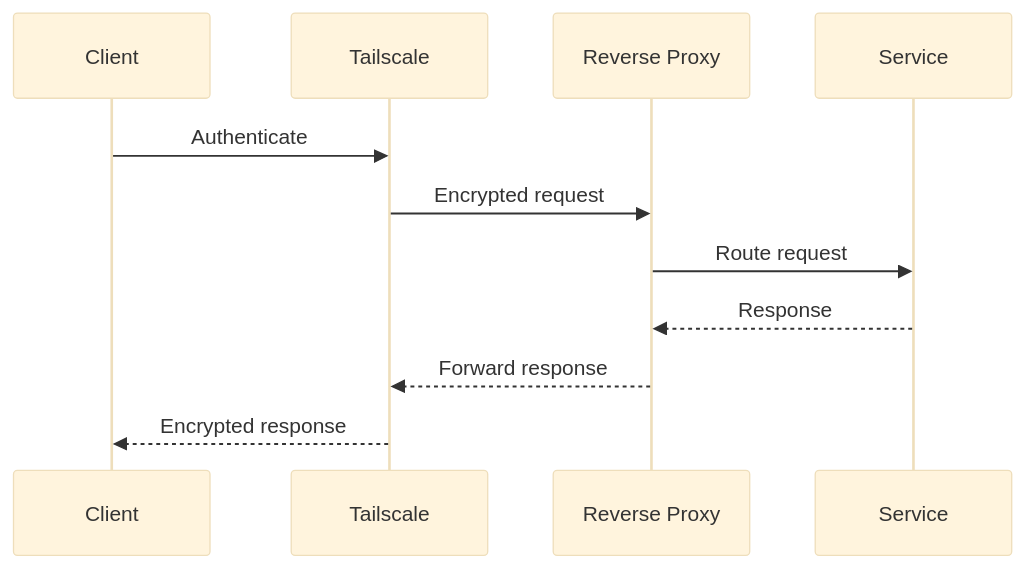
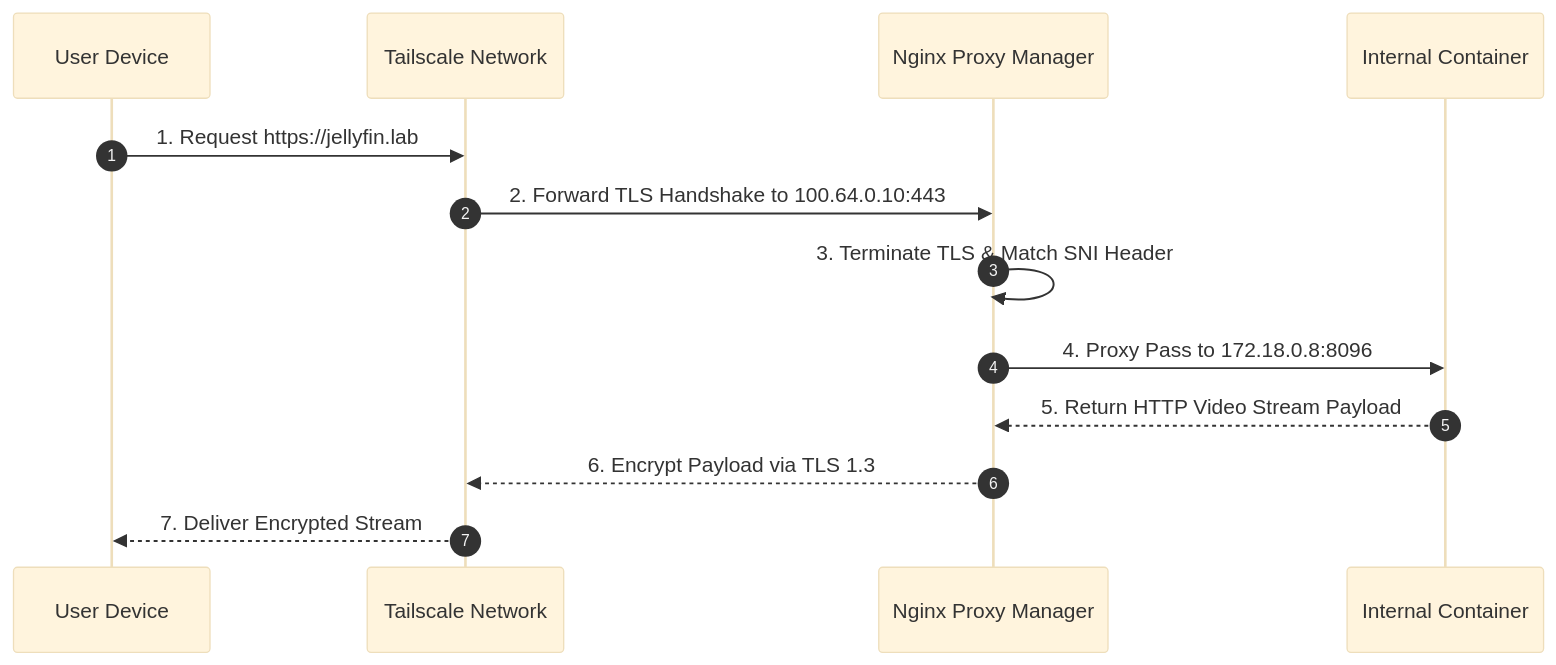
Before and after one commit to Terrich-hash/homelab: the second of 2 diagrams in docs/networking/reverse-proxy.md, drawn with Mermaid (base theme). The commit also changed other lines of this file and 35 other files, not shown here.

````diff
--- a/docs/networking/reverse-proxy.md
+++ b/docs/networking/reverse-proxy.md
@@ -46,14 +90,16 @@
 ```mermaid
 sequenceDiagram
-    participant Client
-    participant TS as Tailscale
-    participant RP as Reverse Proxy
-    participant Service
+    autonumber
+    participant Client as User Device
+    participant TS as Tailscale Network
+    participant NPM as Nginx Proxy Manager
+    participant App as Internal Container
 
-    Client->>TS: Authenticate
-    TS->>RP: Encrypted request
-    RP->>Service: Route request
-    Service-->>RP: Response
-    RP-->>TS: Forward response
-    TS-->>Client: Encrypted response
+    Client->>TS: 1. Request https://jellyfin.lab
+    TS->>NPM: 2. Forward TLS Handshake to 100.64.0.10:443
+    NPM->>NPM: 3. Terminate TLS & Match SNI Header
+    NPM->>App: 4. Proxy Pass to 172.18.0.8:8096
+    App-->>NPM: 5. Return HTTP Video Stream Payload
+    NPM-->>TS: 6. Encrypt Payload via TLS 1.3
+    TS-->>Client: 7. Deliver Encrypted Stream
 ```
````
